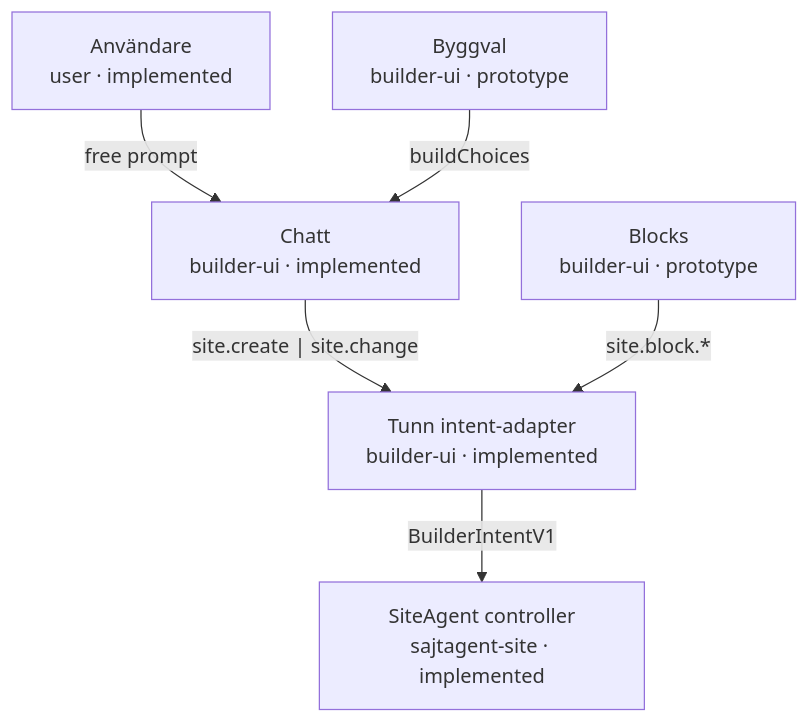
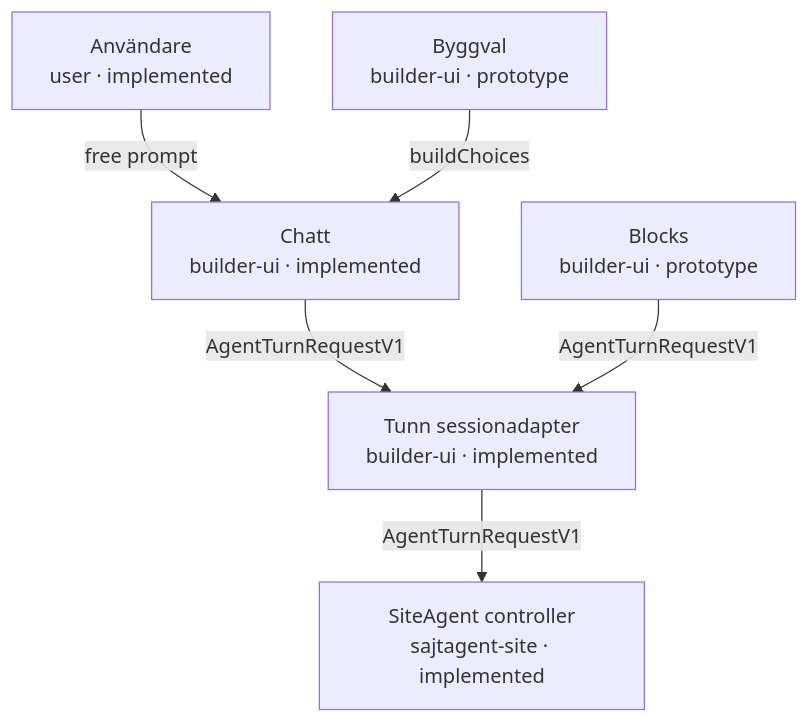
Before and after one commit to Jakeminator123/sajtagent-site: the first of 2 diagrams in docs/card-flow.md, drawn with Mermaid. The commit also changed other lines of this file and 18 other files, not shown here.

Commit message:
feat: connect Builder chat to AgentSession

````diff
--- a/docs/card-flow.md
+++ b/docs/card-flow.md
@@ -9,14 +9,14 @@
 ```mermaid
 flowchart TB
     n_user_intent["Användare<br/>user · implemented"]
     n_card_chat["Chatt<br/>builder-ui · implemented"]
     n_user_intent -->|"free prompt"| n_card_chat
     n_card_choices["Byggval<br/>builder-ui · prototype"]
     n_card_choices -->|"buildChoices"| n_card_chat
-    n_ui_intent_adapter["Tunn intent-adapter<br/>builder-ui · implemented"]
-    n_card_chat -->|"site.create | site.change"| n_ui_intent_adapter
+    n_ui_intent_adapter["Tunn sessionadapter<br/>builder-ui · implemented"]
+    n_card_chat -->|"AgentTurnRequestV1"| n_ui_intent_adapter
     n_card_blocks["Blocks<br/>builder-ui · prototype"]
-    n_card_blocks -->|"site.block.*"| n_ui_intent_adapter
+    n_card_blocks -->|"AgentTurnRequestV1"| n_ui_intent_adapter
     n_product_controller["SiteAgent controller<br/>sajtagent-site · implemented"]
-    n_ui_intent_adapter -->|"BuilderIntentV1"| n_product_controller
+    n_ui_intent_adapter -->|"AgentTurnRequestV1"| n_product_controller
 ```
````
